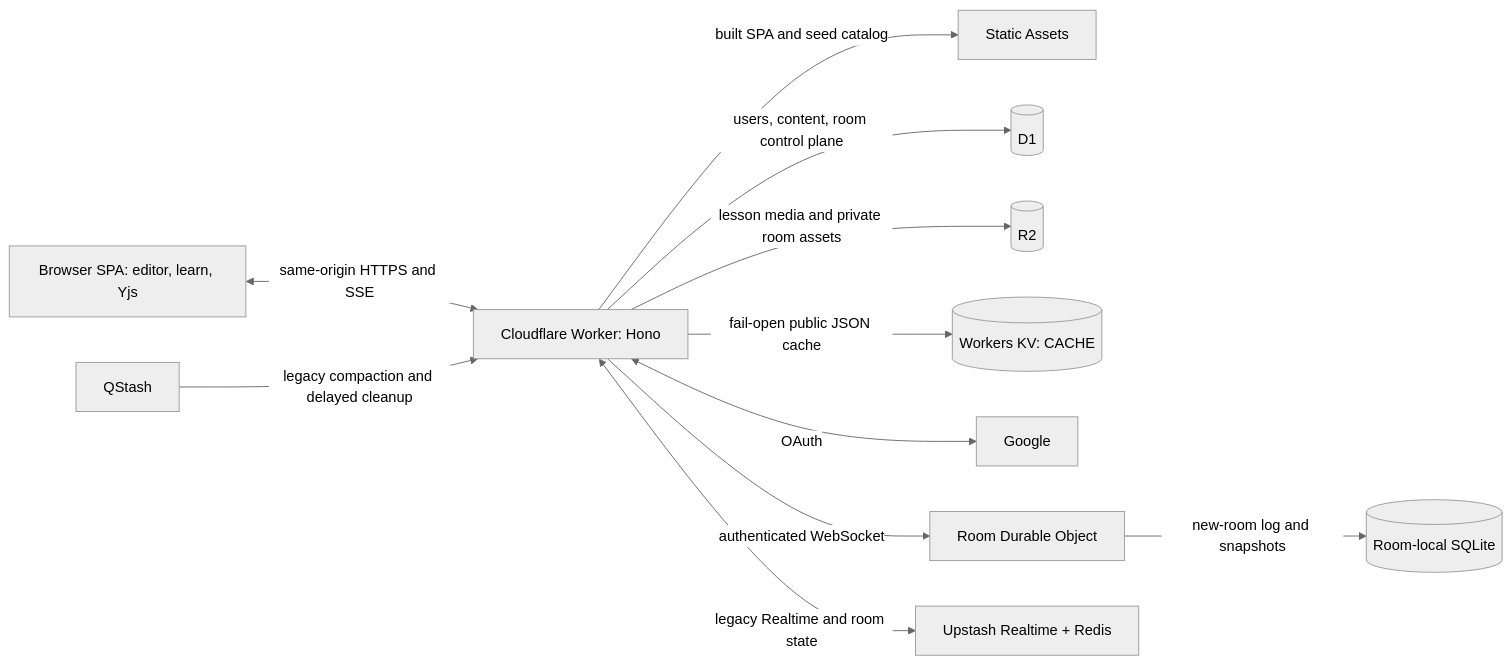
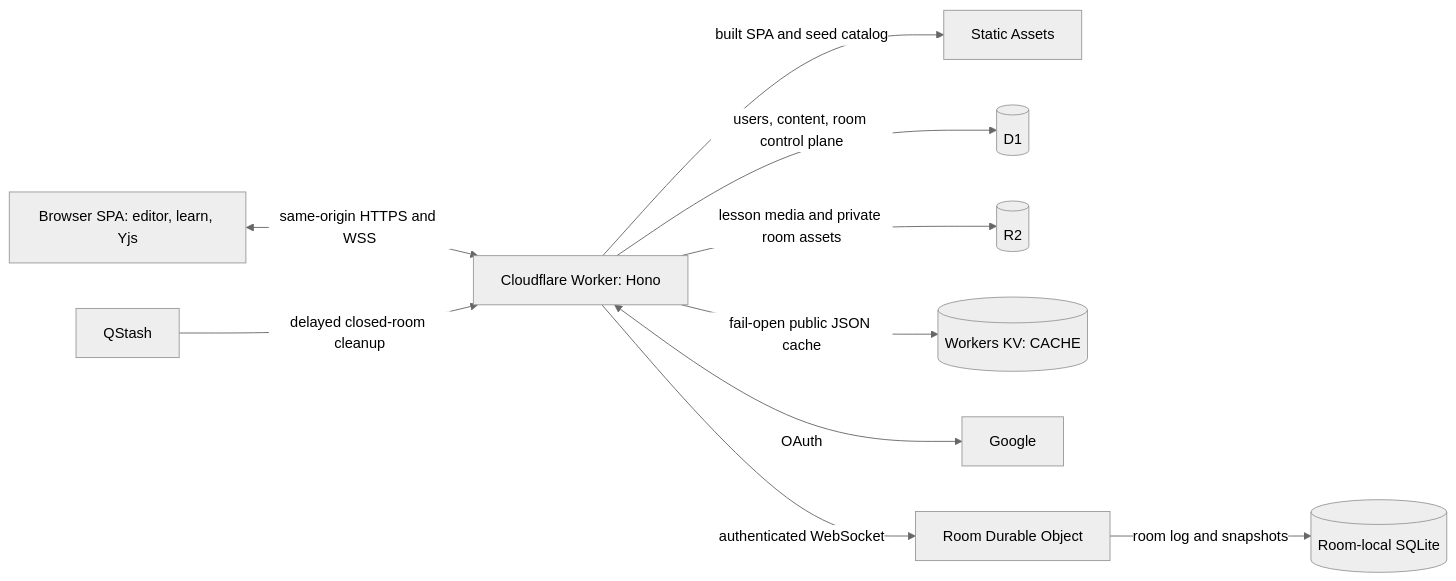
The diagram in docs/cloudflare-architecture.md (channyeintun/next-editor), drawn with Mermaid (neutral theme) before and after one commit. The commit also changed other lines of this file and 43 other files, not shown here.

````diff
--- a/docs/cloudflare-architecture.md
+++ b/docs/cloudflare-architecture.md
@@ -67,13 +67,12 @@
 ```mermaid
 flowchart LR
-    Browser[Browser SPA: editor, learn, Yjs] <-->|same-origin HTTPS and SSE| Worker[Cloudflare Worker: Hono]
+    Browser[Browser SPA: editor, learn, Yjs] <-->|same-origin HTTPS and WSS| Worker[Cloudflare Worker: Hono]
     Worker -->|built SPA and seed catalog| Assets[Static Assets]
     Worker -->|users, content, room control plane| D1[(D1)]
     Worker -->|lesson media and private room assets| R2[(R2)]
     Worker -->|fail-open public JSON cache| KV[(Workers KV: CACHE)]
     Worker <-->|OAuth| Google[Google]
     Worker -->|authenticated WebSocket| Room[Room Durable Object]
-    Room -->|new-room log and snapshots| SQL[(Room-local SQLite)]
-    Worker <-->|legacy Realtime and room state| Upstash[Upstash Realtime + Redis]
-    QStash[QStash] -->|legacy compaction and delayed cleanup| Worker
+    Room -->|room log and snapshots| SQL[(Room-local SQLite)]
+    QStash[QStash] -->|delayed closed-room cleanup| Worker
 ```
````
